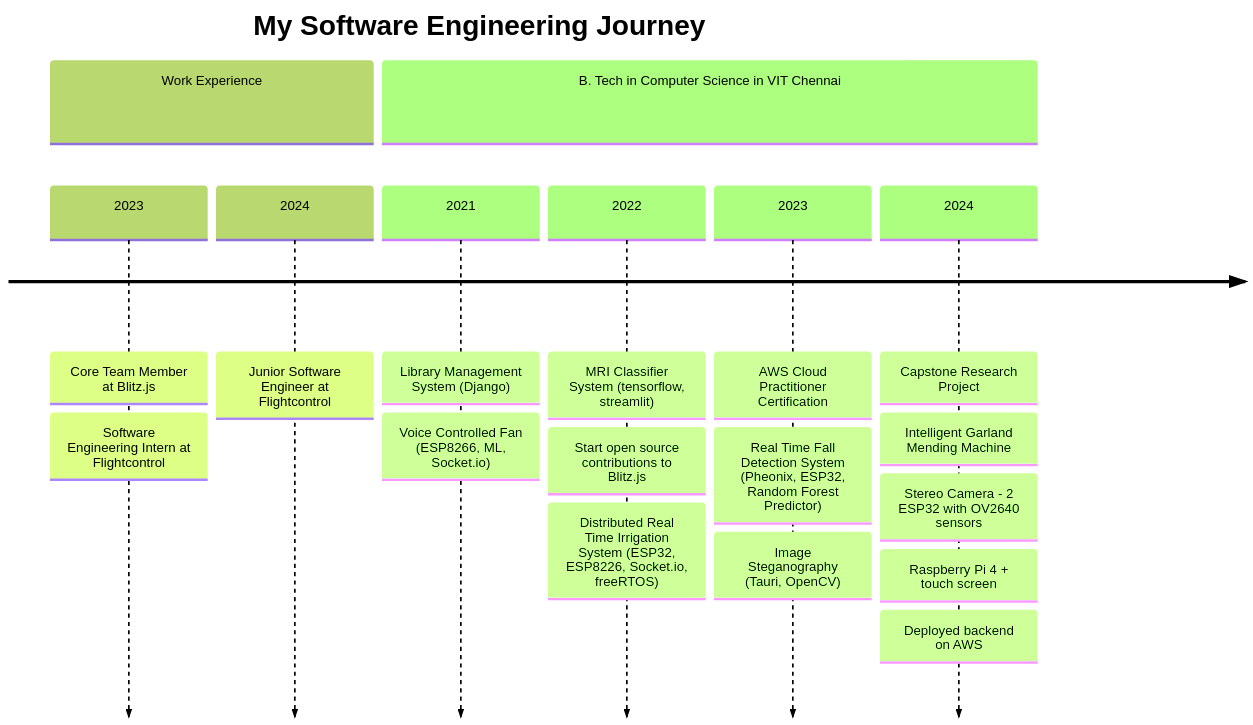
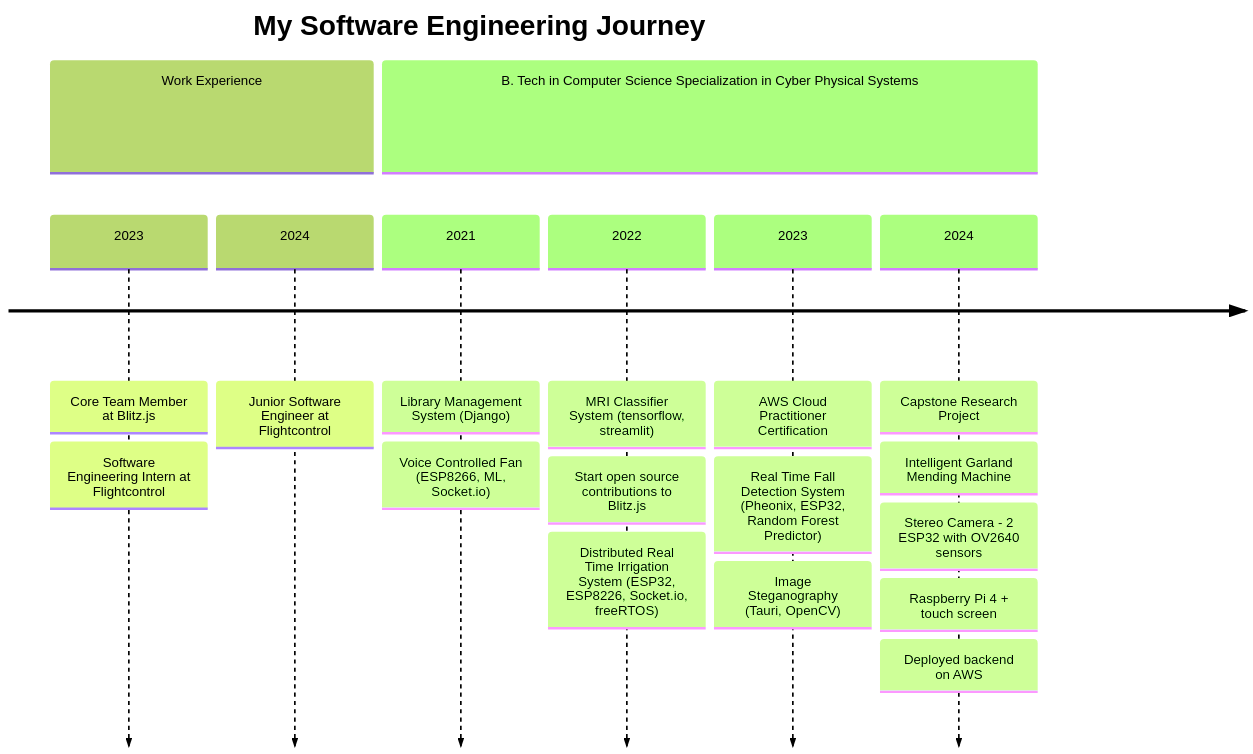
Before and after one commit to siddhsuresh/siddhsuresh: the first of 2 diagrams in README.md, drawn with Mermaid (forest theme). The commit also changed other lines of this file, not shown here.

````diff
--- a/README.md
+++ b/README.md
@@ -11,22 +11,22 @@
 ```mermaid
 timeline
     title My Software Engineering Journey
     section Work Experience
         2023 : Core Team Member at Blitz.js
              : Software Engineering Intern at Flightcontrol
         2024 : Junior Software Engineer at Flightcontrol
-    section B. Tech in Computer Science in VIT Chennai
+    section B. Tech in Computer Science Specialization in Cyber Physical Systems
         2021 : Library Management System (Django)
             : Voice Controlled Fan (ESP8266, ML, Socket.io)
         2022 : MRI Classifier System (tensorflow, streamlit)
             : Start open source contributions to Blitz.js
             : Distributed Real Time Irrigation System (ESP32, ESP8226, Socket.io, freeRTOS)
         2023 : AWS Cloud Practitioner Certification 
             : Real Time Fall Detection System (Pheonix, ESP32, Random Forest Predictor)
             : Image Steganography (Tauri, OpenCV)
         2024: Capstone Research Project
             : Intelligent Garland Mending Machine
             : Stereo Camera - 2 ESP32 with OV2640 sensors
             : Raspberry Pi 4 + touch screen
             : Deployed backend on AWS
 ```
````
